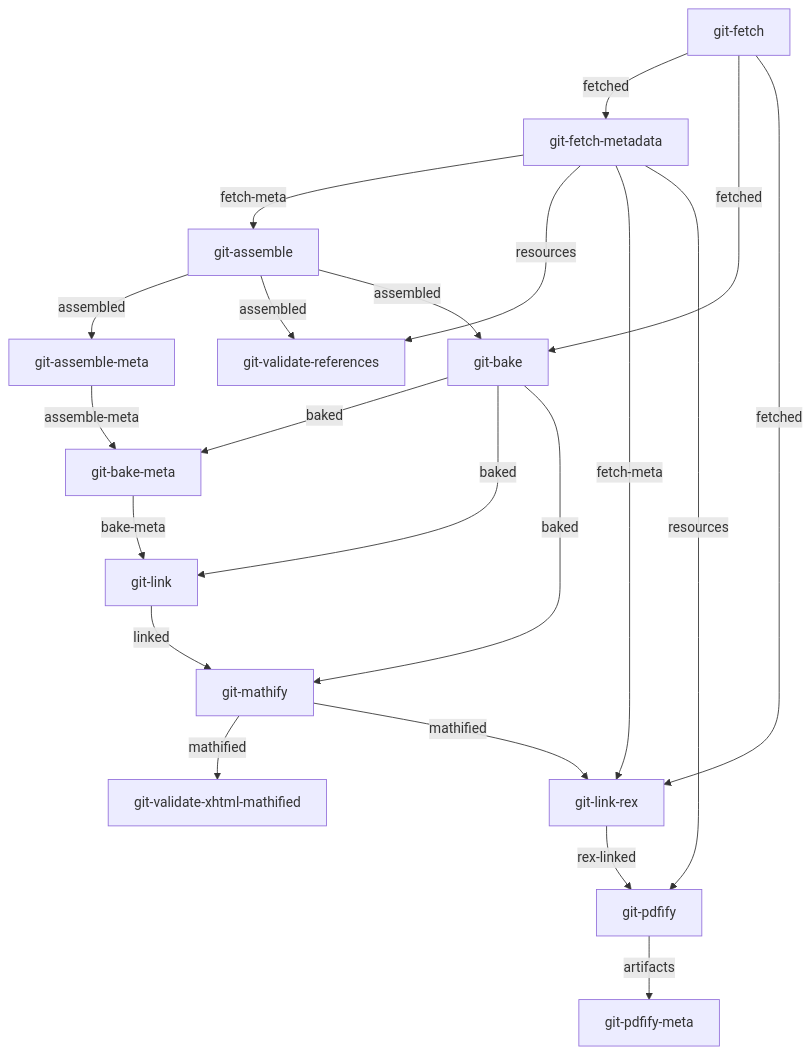
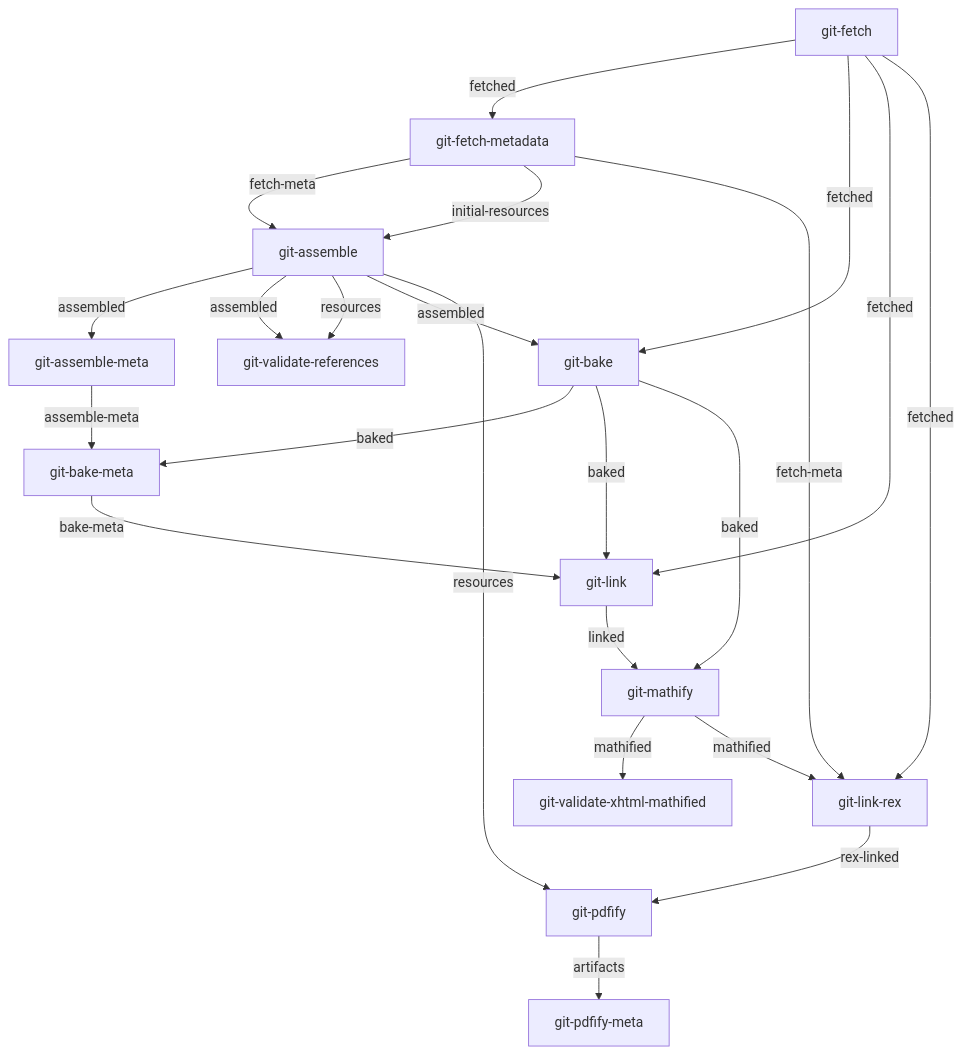
The diagram in README.md (openstax/enki), drawn with Mermaid before and after one commit. The commit also changed 74 other files, not shown here.

````diff
--- a/README.md
+++ b/README.md
@@ -111,23 +111,25 @@
 ```mermaid
 graph TB
     git-fetch -- fetched --> git-fetch-metadata
     git-fetch-metadata -- fetch-meta --> git-assemble
+    git-fetch-metadata -- initial-resources --> git-assemble
     git-assemble -- assembled --> git-assemble-meta
     git-assemble -- assembled --> git-validate-references
-    git-fetch-metadata -- resources --> git-validate-references
+    git-assemble -- resources --> git-validate-references
     git-fetch -- fetched --> git-bake
     git-assemble -- assembled --> git-bake
     git-assemble-meta -- assemble-meta --> git-bake-meta
     git-bake -- baked --> git-bake-meta
     git-bake -- baked --> git-link
     git-bake-meta -- bake-meta --> git-link
+    git-fetch -- fetched --> git-link
     git-link -- linked --> git-mathify
     git-bake -- baked --> git-mathify
     git-mathify -- mathified --> git-validate-xhtml-mathified
     git-mathify -- mathified --> git-link-rex
     git-fetch -- fetched --> git-link-rex
     git-fetch-metadata -- fetch-meta --> git-link-rex
     git-link-rex -- rex-linked --> git-pdfify
-    git-fetch-metadata -- resources --> git-pdfify
+    git-assemble -- resources --> git-pdfify
     git-pdfify -- artifacts --> git-pdfify-meta
 ```
````
